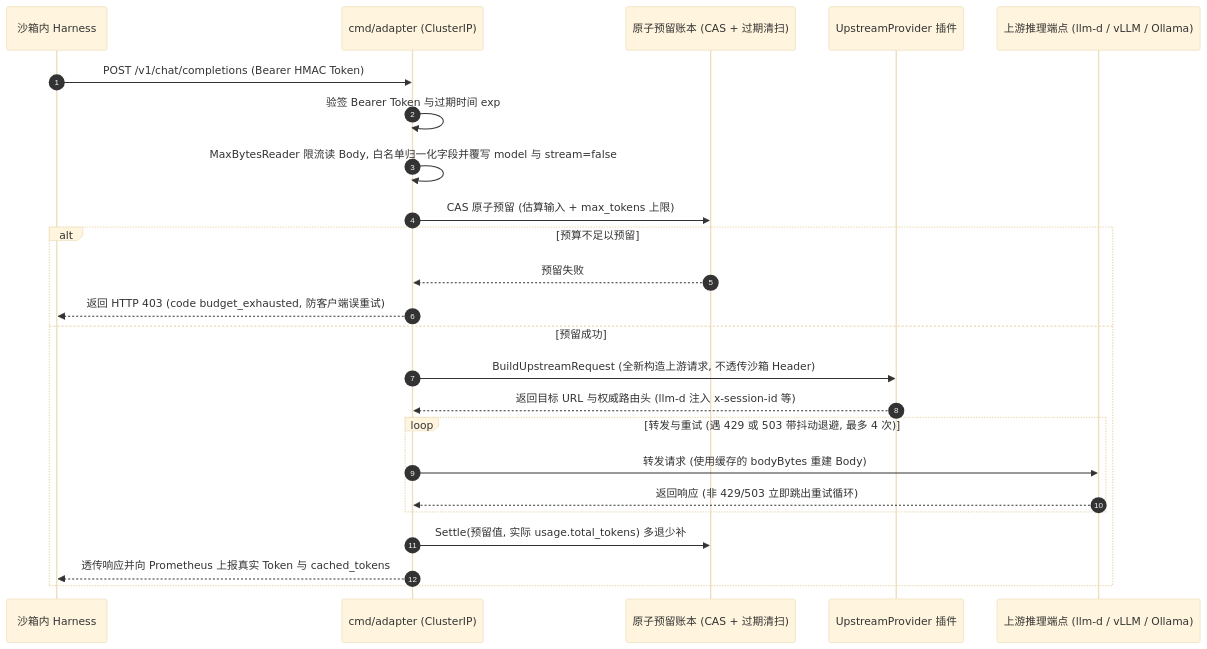
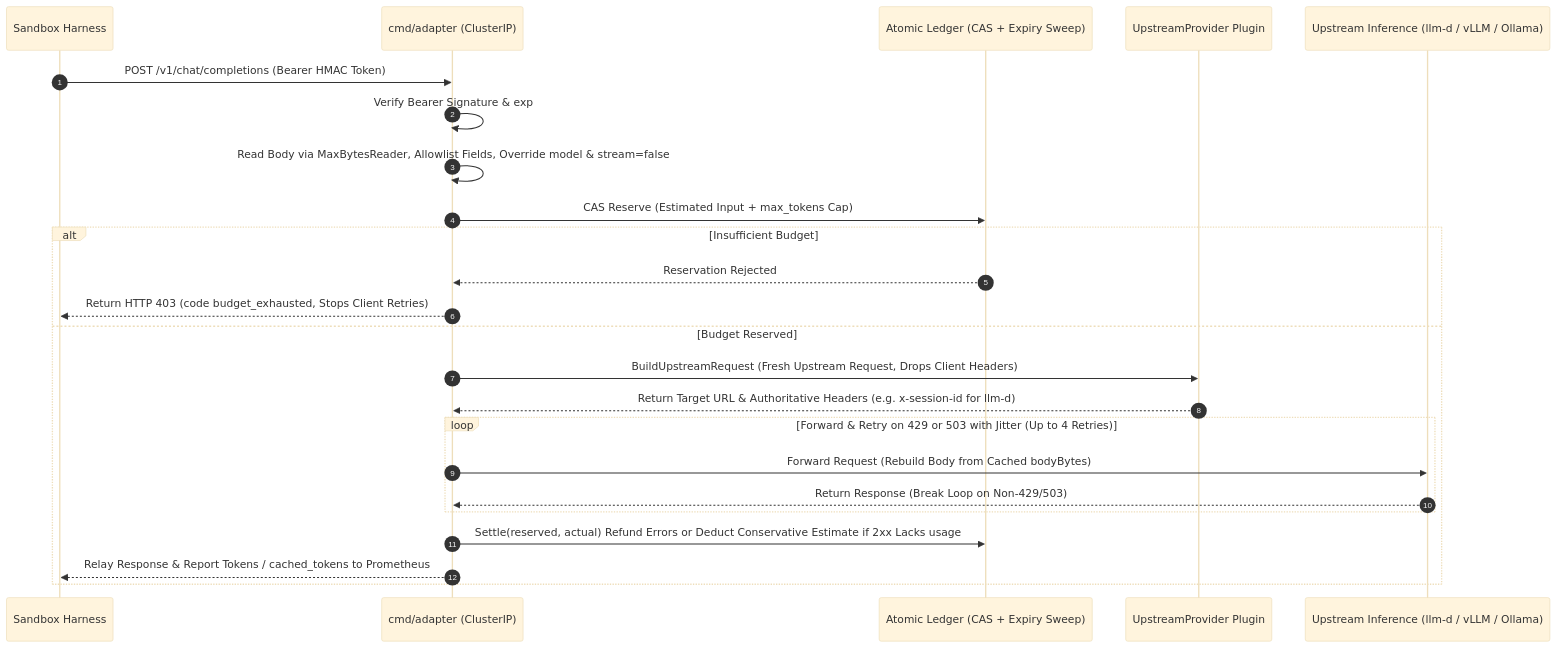
Before and after one commit to zetxqx/review-agent-infra: the fourth of 6 diagrams in docs/design/implementation-plan.md, drawn with Mermaid (base theme). The commit also changed other lines of this file and 2 other files, not shown here.

Commit message:
Translate repository documentation, diagrams, and code comments into English.

````diff
--- a/docs/design/implementation-plan.md
+++ b/docs/design/implementation-plan.md
@@ -916,27 +914,27 @@
 ```mermaid
 sequenceDiagram
     autonumber
-    participant Harn as 沙箱内 Harness
+    participant Harn as Sandbox Harness
     participant Adapt as cmd/adapter (ClusterIP)
-    participant Ledger as 原子预留账本 (CAS + 过期清扫)
-    participant Prov as UpstreamProvider 插件
-    participant GW as 上游推理端点 (llm-d / vLLM / Ollama)
+    participant Ledger as Atomic Ledger (CAS + Expiry Sweep)
+    participant Prov as UpstreamProvider Plugin
+    participant GW as Upstream Inference (llm-d / vLLM / Ollama)
 
     Harn->>Adapt: POST /v1/chat/completions (Bearer HMAC Token)
-    Adapt->>Adapt: 验签 Bearer Token 与过期时间 exp
-    Adapt->>Adapt: MaxBytesReader 限流读 Body, 白名单归一化字段并覆写 model 与 stream=false
-    Adapt->>Ledger: CAS 原子预留 (估算输入 + max_tokens 上限)
-    alt 预算不足以预留
-        Ledger-->>Adapt: 预留失败
-        Adapt-->>Harn: 返回 HTTP 403 (code budget_exhausted, 防客户端误重试)
-    else 预留成功
-        Adapt->>Prov: BuildUpstreamRequest (全新构造上游请求, 不透传沙箱 Header)
-        Prov-->>Adapt: 返回目标 URL 与权威路由头 (llm-d 注入 x-session-id 等)
-        loop 转发与重试 (遇 429 或 503 带抖动退避, 最多 4 次)
-            Adapt->>GW: 转发请求 (使用缓存的 bodyBytes 重建 Body)
-            GW-->>Adapt: 返回响应 (非 429/503 立即跳出重试循环)
+    Adapt->>Adapt: Verify Bearer Signature & exp
+    Adapt->>Adapt: Read Body via MaxBytesReader, Allowlist Fields, Override model & stream=false
+    Adapt->>Ledger: CAS Reserve (Estimated Input + max_tokens Cap)
+    alt Insufficient Budget
+        Ledger-->>Adapt: Reservation Rejected
+        Adapt-->>Harn: Return HTTP 403 (code budget_exhausted, Stops Client Retries)
+    else Budget Reserved
+        Adapt->>Prov: BuildUpstreamRequest (Fresh Upstream Request, Drops Client Headers)
+        Prov-->>Adapt: Return Target URL & Authoritative Headers (e.g. x-session-id for llm-d)
+        loop Forward & Retry on 429 or 503 with Jitter (Up to 4 Retries)
+            Adapt->>GW: Forward Request (Rebuild Body from Cached bodyBytes)
+            GW-->>Adapt: Return Response (Break Loop on Non-429/503)
         end
-        Adapt->>Ledger: Settle(预留值, 实际 usage.total_tokens) 多退少补
-        Adapt-->>Harn: 透传响应并向 Prometheus 上报真实 Token 与 cached_tokens
+        Adapt->>Ledger: Settle(reserved, actual) Refund Errors or Deduct Conservative Estimate if 2xx Lacks usage
+        Adapt-->>Harn: Relay Response & Report Tokens / cached_tokens to Prometheus
     end
 ```
````
